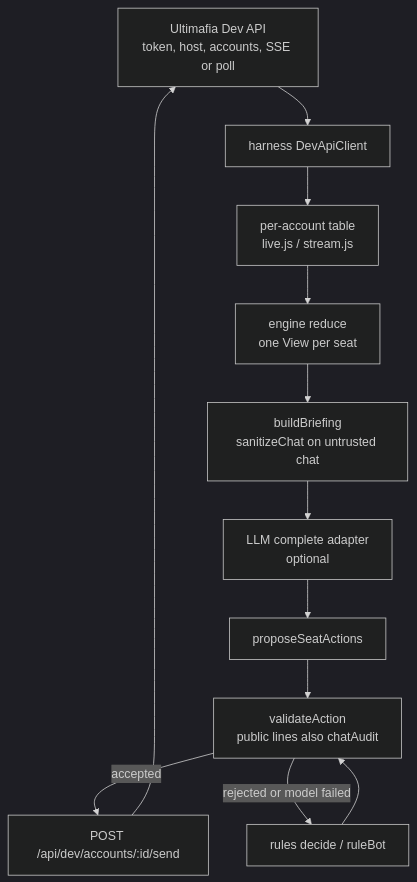
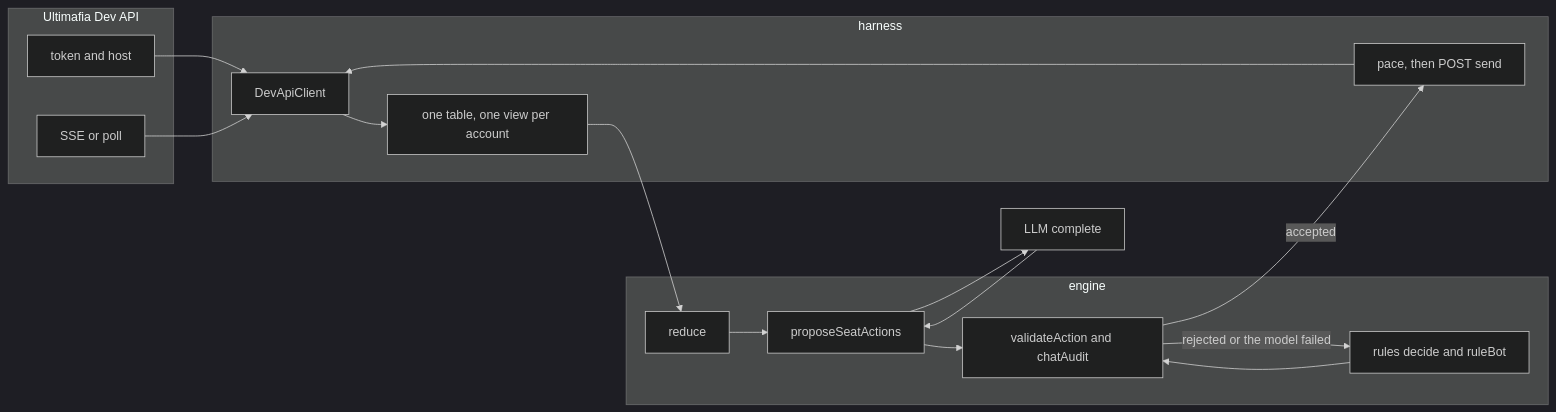
Before and after one commit to vinxp97/mafioso: the first of 3 diagrams in README.md, drawn with Mermaid (dark theme). The commit also changed other lines of this file and 3 other files, not shown here.

First line of the commit message:
Move the quickstart out and explain how the engine and harness play.

````diff
--- a/README.md
+++ b/README.md
@@ -14,18 +28,28 @@
 ```mermaid
-flowchart TD
-  server["Ultimafia Dev API<br/>token, host, accounts, SSE or poll"]
-  client["harness DevApiClient"]
-  table["per-account table<br/>live.js / stream.js"]
-  reduce["engine reduce<br/>one View per seat"]
-  brief["buildBriefing<br/>sanitizeChat on untrusted chat"]
-  model["LLM complete adapter<br/>optional"]
-  propose["proposeSeatActions"]
-  gate["validateAction<br/>public lines also chatAudit"]
-  rules["rules decide / ruleBot"]
-  send["POST /api/dev/accounts/:id/send"]
+flowchart LR
+  subgraph api [Ultimafia Dev API]
+    token[token and host]
+    stream[SSE or poll]
+  end
+  subgraph harness [harness]
+    client[DevApiClient]
+    table[one table, one view per account]
+    pace[pace, then POST send]
+  end
+  subgraph engine [engine]
+    reduce[reduce]
+    propose[proposeSeatActions]
+    gate[validateAction and chatAudit]
+    rules[rules decide and ruleBot]
+  end
+  model[LLM complete]
 
-  server --> client --> table --> reduce
-  reduce --> brief --> model --> propose --> gate
-  gate -->|accepted| send --> server
-  gate -->|rejected or model failed| rules --> gate
+  token --> client
+  stream --> client --> table --> reduce --> propose
+  propose --> model
+  model --> propose
+  propose --> gate
+  rules --> gate
+  gate -->|accepted| pace --> client
+  gate -->|rejected or the model failed| rules
 ```
````
